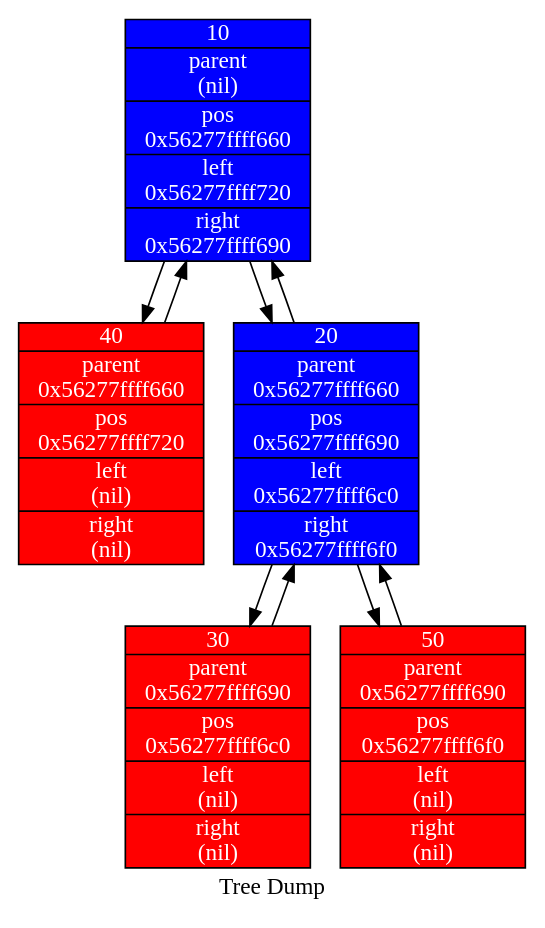
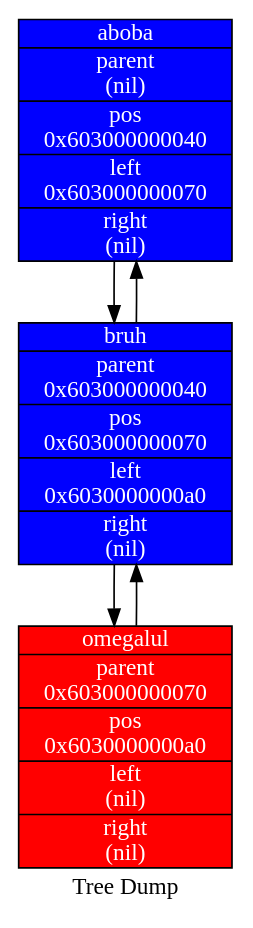
The diagram in treegraph.dot (aidenfmunro/Akinator), drawn with Graphviz before and after one commit. The commit also changed 21 other files, not shown here.

```diff
--- a/treegraph.dot
+++ b/treegraph.dot
@@ -1,19 +1,13 @@
-digraph binary_tree {
+  digraph tree  {
   node [shape = "circle", style = "filled", fillcolor = "blue", fontcolor = "#FFFFFF", margin = "0.01"];
   rankdir = "TB";
 
   label = "Tree Dump";
-  "10" [shape = "record", label = "{10 | parent\n(nil) | <f0> pos\n0x56277ffff660| left\n0x56277ffff720 | right\n0x56277ffff690\n}"];
-  "10"->"40";
-  "40"->"10";
-  "40" [shape = "record", fillcolor = "red", label = "{40 | parent\n0x56277ffff660 | <f0> pos\n0x56277ffff720| left\n(nil) | right\n(nil)\n}"];
-  "10"->"20";
-  "20"->"10";
-  "20" [shape = "record", label = "{20 | parent\n0x56277ffff660 | <f0> pos\n0x56277ffff690| left\n0x56277ffff6c0 | right\n0x56277ffff6f0\n}"];
-  "20"->"30";
-  "30"->"20";
-  "30" [shape = "record", fillcolor = "red", label = "{30 | parent\n0x56277ffff690 | <f0> pos\n0x56277ffff6c0| left\n(nil) | right\n(nil)\n}"];
-  "20"->"50";
-  "50"->"20";
-  "50" [shape = "record", fillcolor = "red", label = "{50 | parent\n0x56277ffff690 | <f0> pos\n0x56277ffff6f0| left\n(nil) | right\n(nil)\n}"];
-}
+  "aboba" [shape = "record", label = "{aboba | parent\n(nil) | <f0> pos\n0x603000000040| left\n0x603000000070 | right\n(nil)\n}"];
+  "aboba"->"bruh";
+  "bruh"->"aboba";
+  "bruh" [shape = "record", label = "{bruh | parent\n0x603000000040 | <f0> pos\n0x603000000070| left\n0x6030000000a0 | right\n(nil)\n}"];
+  "bruh"->"omegalul";
+  "omegalul"->"bruh";
+  "omegalul" [shape = "record", fillcolor = "red", label = "{omegalul | parent\n0x603000000070 | <f0> pos\n0x6030000000a0| left\n(nil) | right\n(nil)\n}"];
+  }
```
